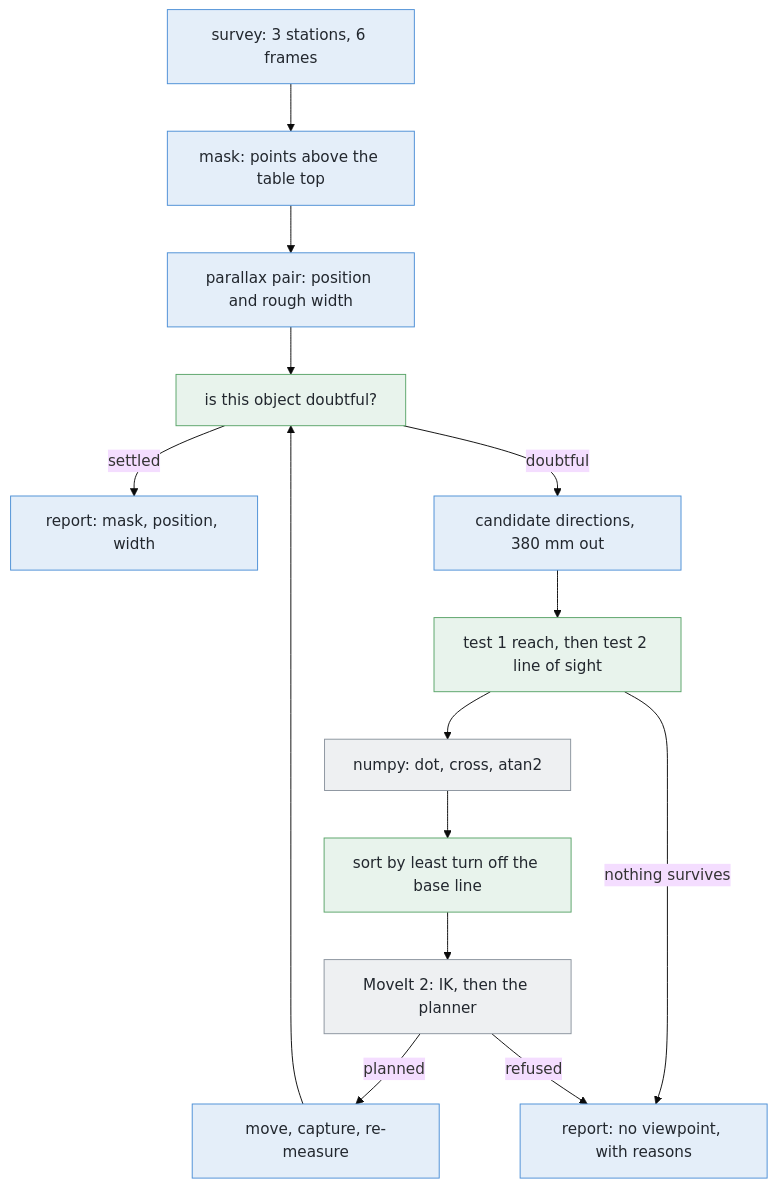
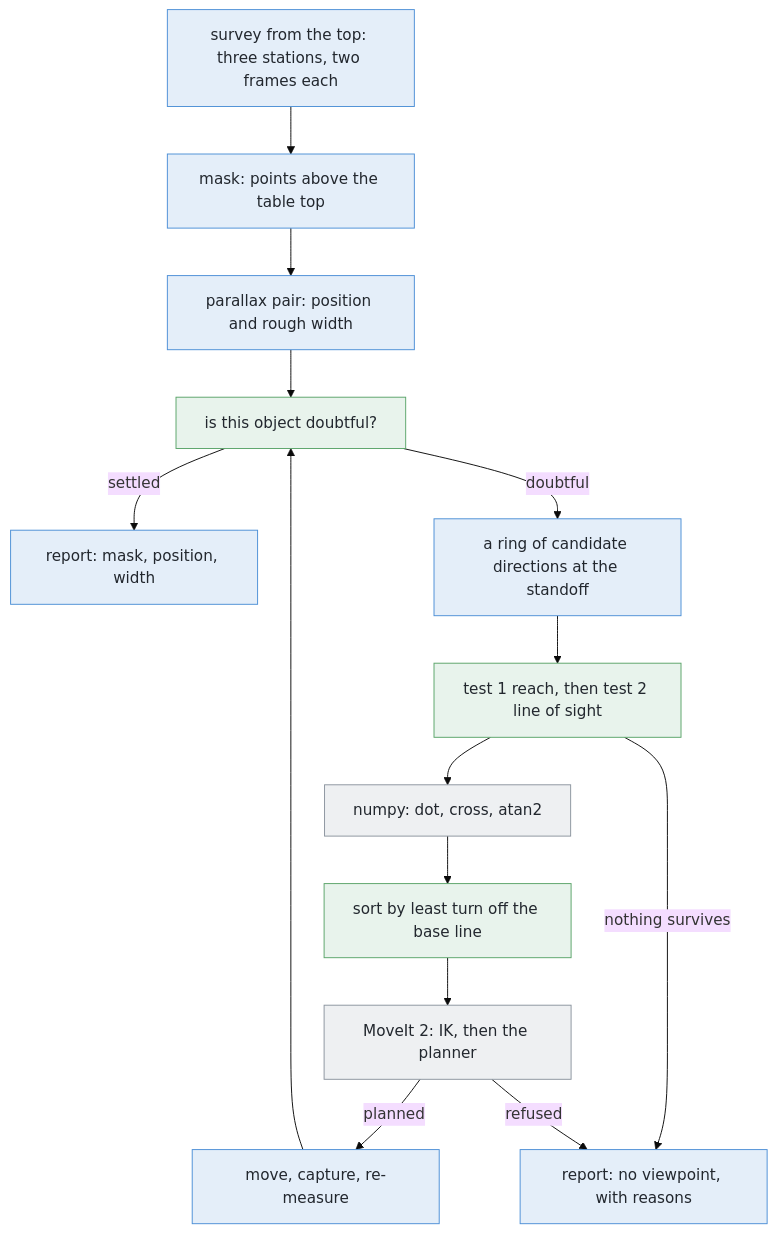
One commit to RobinNagpal/robot-arm-projects changed the third of 3 diagrams in v5-pick-glasses/docs/problem-2/solutions/03-move-the-camera.md. Above: the diagram before and after it, drawn with Mermaid (base theme). The commit also changed other lines of this file, not shown here.

````diff
--- a/v5-pick-glasses/docs/problem-2/solutions/03-move-the-camera.md
+++ b/v5-pick-glasses/docs/problem-2/solutions/03-move-the-camera.md
@@ -393,31 +439,31 @@
 ```mermaid
 flowchart TD
-    E1["survey: 3 stations, 6 frames"] --> E2["mask: points above the table top"]
+    E1["survey from the top: three stations, two frames each"] --> E2["mask: points above the table top"]
     E2 --> E3["parallax pair: position and rough width"]
     E3 --> N1["is this object doubtful?"]
     N1 -->|settled| E7["report: mask, position, width"]
-    N1 -->|doubtful| E4["candidate directions, 380 mm out"]
+    N1 -->|doubtful| E4["a ring of candidate directions at the standoff"]
     E4 --> N2["test 1 reach, then test 2 line of sight"]
     N2 --> L1["numpy: dot, cross, atan2"]
     L1 --> N3["sort by least turn off the base line"]
     N3 --> L2["MoveIt 2: IK, then the planner"]
     L2 -->|planned| E5["move, capture, re-measure"]
     E5 --> N1
     N2 -->|nothing survives| E6["report: no viewpoint, with reasons"]
     L2 -->|refused| E6
     %% new code we write for this solution
     style N1 fill:#e8f3ec,stroke:#5aa469,color:#22272e
     style N2 fill:#e8f3ec,stroke:#5aa469,color:#22272e
     style N3 fill:#e8f3ec,stroke:#5aa469,color:#22272e
     %% code the project already has
     style E1 fill:#e4eef9,stroke:#4c8fd6,color:#22272e
     style E2 fill:#e4eef9,stroke:#4c8fd6,color:#22272e
     style E3 fill:#e4eef9,stroke:#4c8fd6,color:#22272e
     style E4 fill:#e4eef9,stroke:#4c8fd6,color:#22272e
     style E5 fill:#e4eef9,stroke:#4c8fd6,color:#22272e
     style E6 fill:#e4eef9,stroke:#4c8fd6,color:#22272e
     style E7 fill:#e4eef9,stroke:#4c8fd6,color:#22272e
     %% third-party library
     style L1 fill:#eef0f2,stroke:#8b949e,color:#22272e
     style L2 fill:#eef0f2,stroke:#8b949e,color:#22272e
 ```
````
